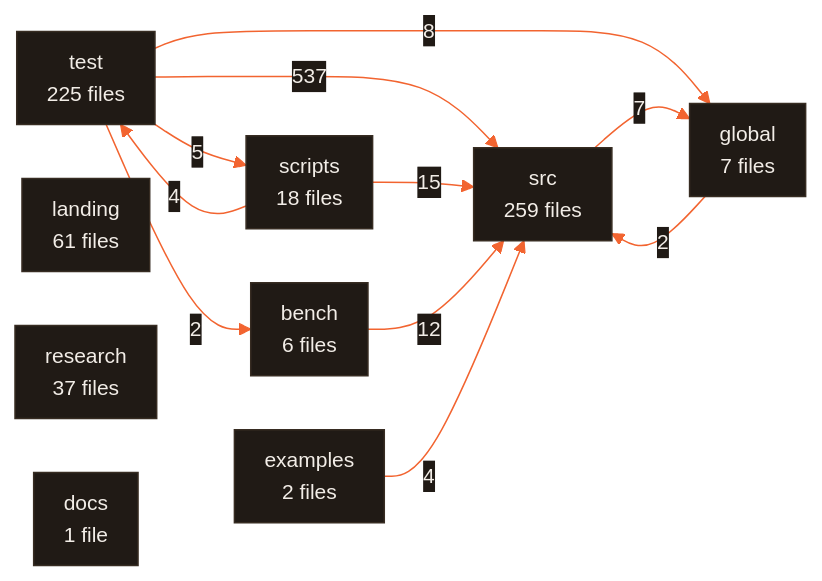
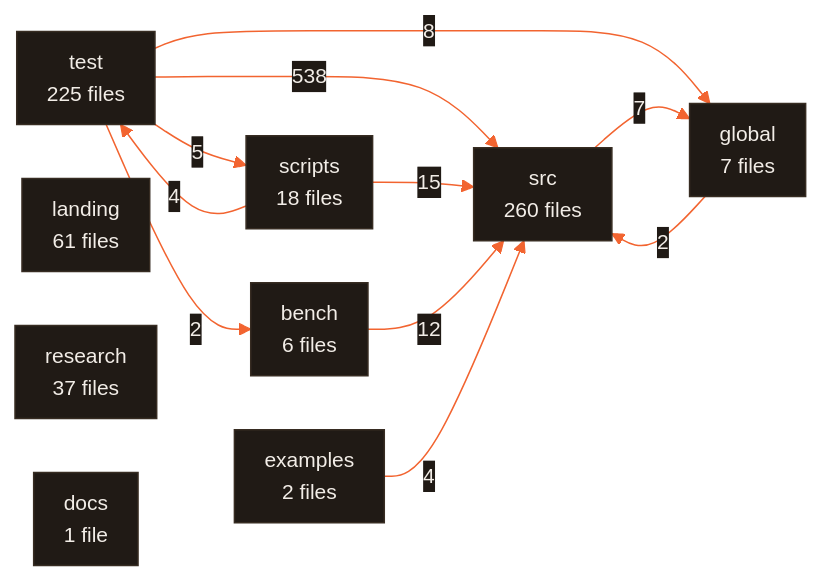
Before and after one commit to CodeWithJuber/forgekit: the diagram in ARCHITECTURE.md, drawn with Mermaid. The commit also changed 9 other files, not shown here.

````diff
--- a/ARCHITECTURE.md
+++ b/ARCHITECTURE.md
@@ -630,23 +630,23 @@
 ```mermaid
 %%{init: {'theme':'base','themeVariables':{'primaryColor':'#201a15','primaryTextColor':'#f2ede7','primaryBorderColor':'#372c22','lineColor':'#f26430','secondaryColor':'#272019','tertiaryColor':'#171310','edgeLabelBackground':'#201a15','clusterBkg':'#171310','clusterBorder':'#4a3b2e','fontFamily':'ui-sans-serif, system-ui, sans-serif','fontSize':'14px'},'flowchart':{'curve':'basis','padding':10,'nodeSpacing':36,'rankSpacing':44}}}%%
 flowchart LR
-  src["src<br/>259 files"]
+  src["src<br/>260 files"]
   test["test<br/>225 files"]
   landing["landing<br/>61 files"]
   research["research<br/>37 files"]
   scripts["scripts<br/>18 files"]
   global["global<br/>7 files"]
   bench["bench<br/>6 files"]
   examples["examples<br/>2 files"]
   docs["docs<br/>1 file"]
-  test -- 537 --> src
+  test -- 538 --> src
   scripts -- 15 --> src
   bench -- 12 --> src
   test -- 8 --> global
   src -- 7 --> global
   test -- 5 --> scripts
   examples -- 4 --> src
   scripts -- 4 --> test
   global -- 2 --> src
   test -- 2 --> bench
 ```
````
